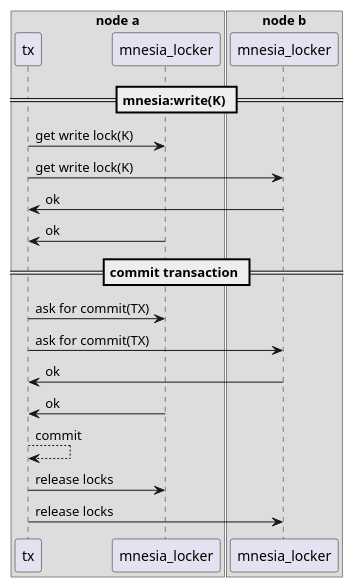
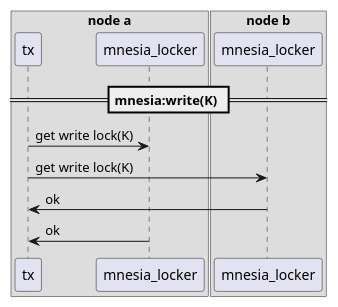
Before and after one commit to k32/k32: the third of 3 diagrams in posts/2021-04-26-mnesia.org, drawn with PlantUML. The commit also changed other lines of this file and 11 other files, not shown here.

```diff
--- a/posts/2021-04-26-mnesia.org
+++ b/posts/2021-04-26-mnesia.org
@@ -241,26 +251,16 @@
 #+BEGIN_SRC plantuml :file mnesia_simplified.svg
 box "node a"
   participant tx
   participant mnesia_locker as a
 end box
 box "node b"
   participant mnesia_locker as b
 end box
 
 == mnesia:write(K) ==
 
 tx -> a : get write lock(K)
 tx -> b : get write lock(K)
 tx <- b : ok
 tx <- a : ok
-
-== commit transaction ==
-
-tx -> a : ask for commit(TX)
-tx -> b : ask for commit(TX)
-tx <- b : ok
-tx <- a : ok
-tx --> tx : commit
-tx -> a : release locks
-tx -> b : release locks
 #+END_SRC
```
